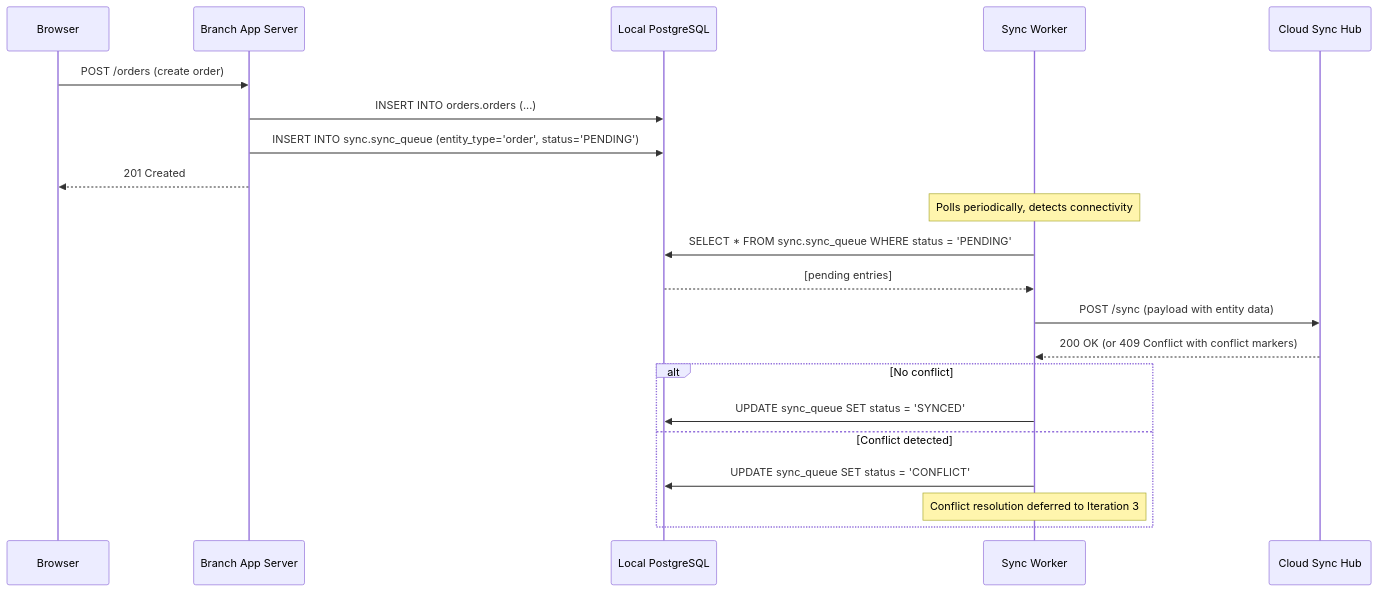
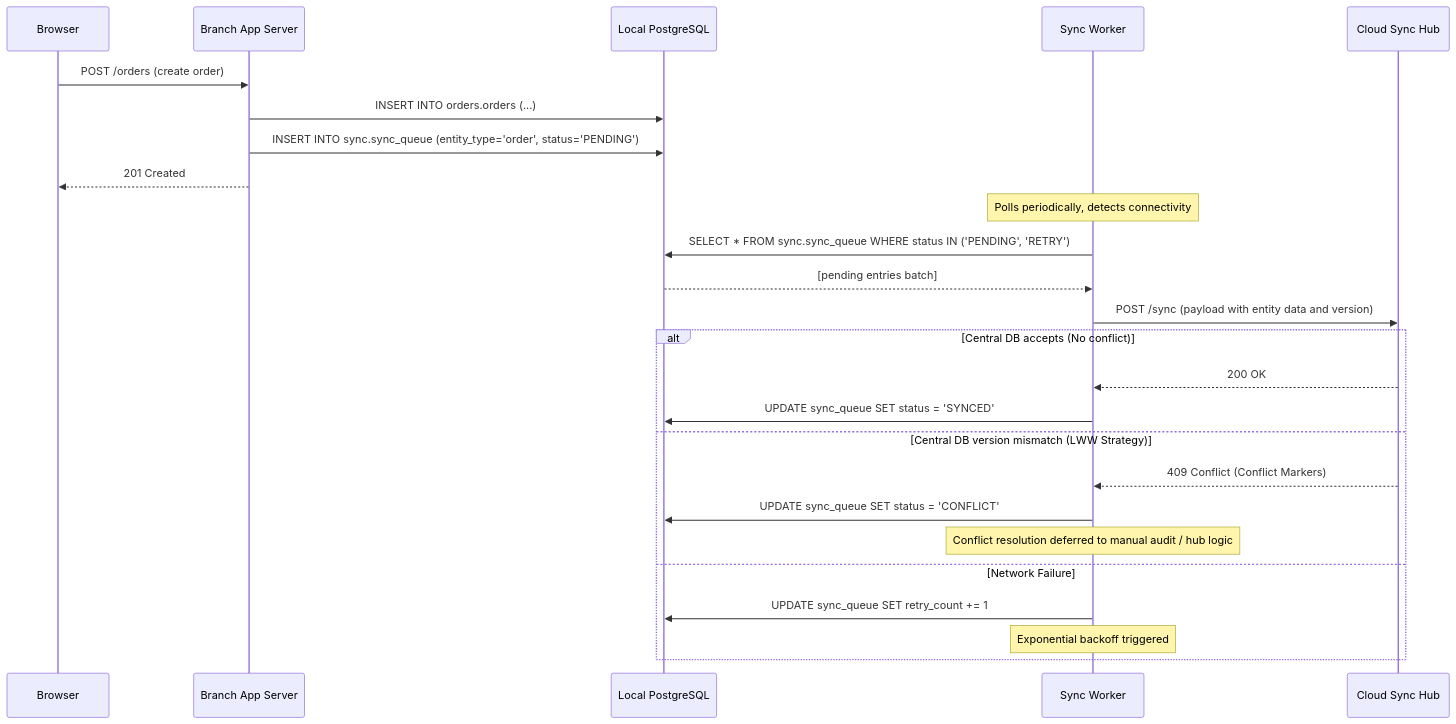
The fifth of 8 diagrams in AI_assisted_architecture_design/design/Architecture.md (manu458-dev/La_toscana_design), drawn with Mermaid before and after one commit. The commit also changed other lines of this file and 1 other file, not shown here.

Commit message:
updated 'AI_assisted_architecture_design', iteration3 added and architecture.md updated

````diff
--- a/AI_assisted_architecture_design/design/Architecture.md
+++ b/AI_assisted_architecture_design/design/Architecture.md
@@ -539,26 +633,30 @@
 ```mermaid
 sequenceDiagram
     participant Browser
     participant AppServer as Branch App Server
     participant LocalDB as Local PostgreSQL
     participant SyncWorker as Sync Worker
     participant CloudHub as Cloud Sync Hub
 
     Browser->>AppServer: POST /orders (create order)
     AppServer->>LocalDB: INSERT INTO orders.orders (...)
     AppServer->>LocalDB: INSERT INTO sync.sync_queue (entity_type='order', status='PENDING')
     AppServer-->>Browser: 201 Created
 
     Note over SyncWorker: Polls periodically, detects connectivity
-    SyncWorker->>LocalDB: SELECT * FROM sync.sync_queue WHERE status = 'PENDING'
-    LocalDB-->>SyncWorker: [pending entries]
-    SyncWorker->>CloudHub: POST /sync (payload with entity data)
-    CloudHub-->>SyncWorker: 200 OK (or 409 Conflict with conflict markers)
-
-    alt No conflict
+    SyncWorker->>LocalDB: SELECT * FROM sync.sync_queue WHERE status IN ('PENDING', 'RETRY')
+    LocalDB-->>SyncWorker: [pending entries batch]
+    SyncWorker->>CloudHub: POST /sync (payload with entity data and version)
+    
+    alt Central DB accepts (No conflict)
+        CloudHub-->>SyncWorker: 200 OK
         SyncWorker->>LocalDB: UPDATE sync_queue SET status = 'SYNCED'
-    else Conflict detected
+    else Central DB version mismatch (LWW Strategy)
+        CloudHub-->>SyncWorker: 409 Conflict (Conflict Markers)
         SyncWorker->>LocalDB: UPDATE sync_queue SET status = 'CONFLICT'
-        Note over SyncWorker: Conflict resolution deferred to Iteration 3
+        Note over SyncWorker: Conflict resolution deferred to manual audit / hub logic
+    else Network Failure
+        SyncWorker->>LocalDB: UPDATE sync_queue SET retry_count += 1
+        Note over SyncWorker: Exponential backoff triggered
     end
 ```
````
